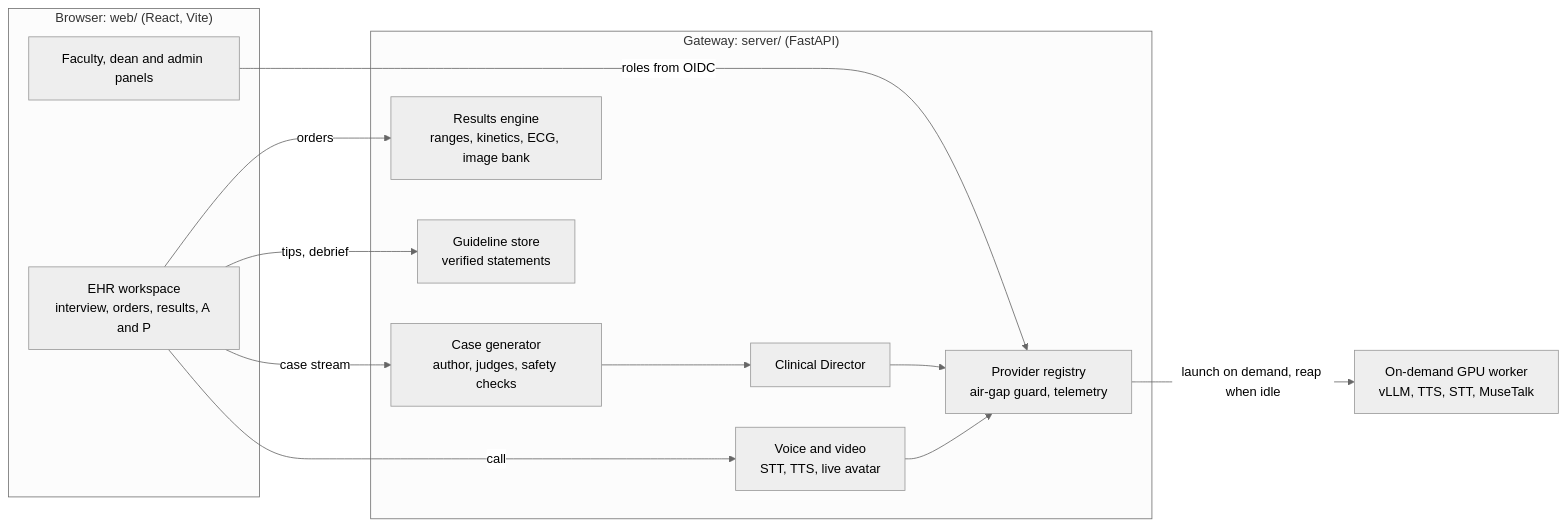
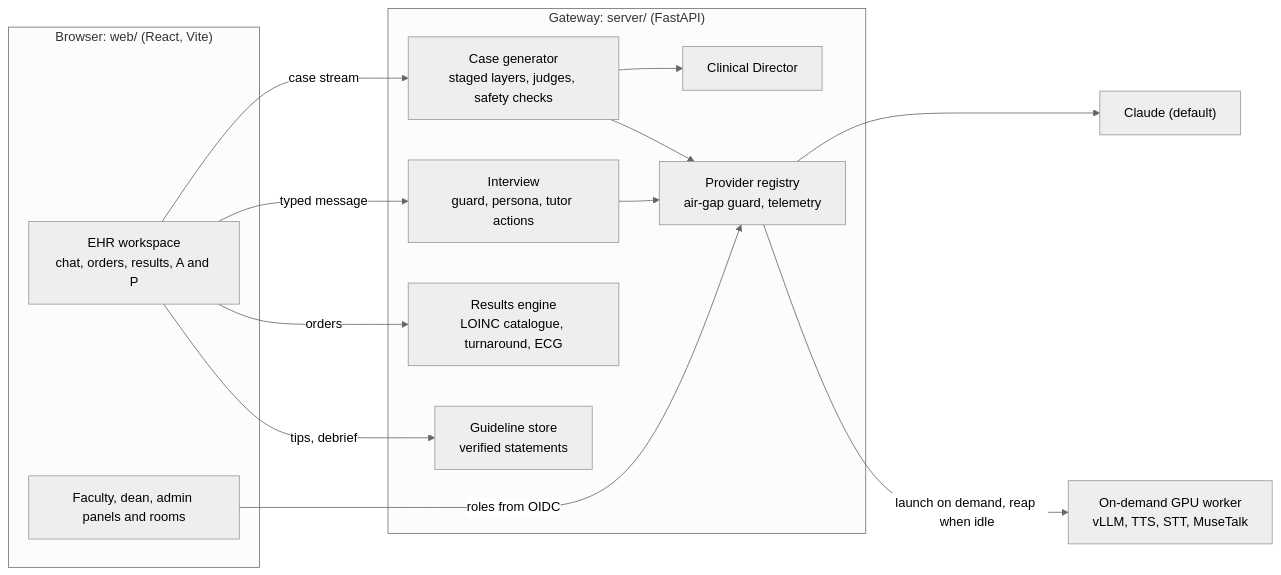
One commit to ArioMoniri/acudx-simulation changed the diagram in README.md. Above: the diagram before and after it, drawn with Mermaid (neutral theme). The commit also changed other lines of this file and 44 other files, not shown here.

````diff
--- a/README.md
+++ b/README.md
@@ -134,25 +177,27 @@
 ```mermaid
 flowchart LR
   subgraph Browser["Browser: web/ (React, Vite)"]
-    EHR["EHR workspace<br/>interview, orders, results, A and P"]
-    Panels["Faculty, dean and admin panels"]
+    EHR["EHR workspace<br/>chat, orders, results, A and P"]
+    Panels["Faculty, dean, admin panels and rooms"]
   end
   subgraph Gateway["Gateway: server/ (FastAPI)"]
-    Gen["Case generator<br/>author, judges, safety checks"]
+    Gen["Case generator<br/>staged layers, judges, safety checks"]
+    Chat["Interview<br/>guard, persona, tutor actions"]
     Dir["Clinical Director"]
-    Res["Results engine<br/>ranges, kinetics, ECG, image bank"]
+    Res["Results engine<br/>LOINC catalogue, turnaround, ECG"]
     GS["Guideline store<br/>verified statements"]
-    Voice["Voice and video<br/>STT, TTS, live avatar"]
     Reg["Provider registry<br/>air-gap guard, telemetry"]
   end
+  Claude["Claude (default)"]
   GPU["On-demand GPU worker<br/>vLLM, TTS, STT, MuseTalk"]
   EHR -->|case stream| Gen
+  EHR -->|typed message| Chat
   Gen --> Dir
   EHR -->|orders| Res
   EHR -->|tips, debrief| GS
-  EHR -->|call| Voice
   Panels -->|roles from OIDC| Reg
-  Dir --> Reg
-  Voice --> Reg
+  Gen --> Reg
+  Chat --> Reg
+  Reg --> Claude
   Reg -->|launch on demand, reap when idle| GPU
 ```
````
